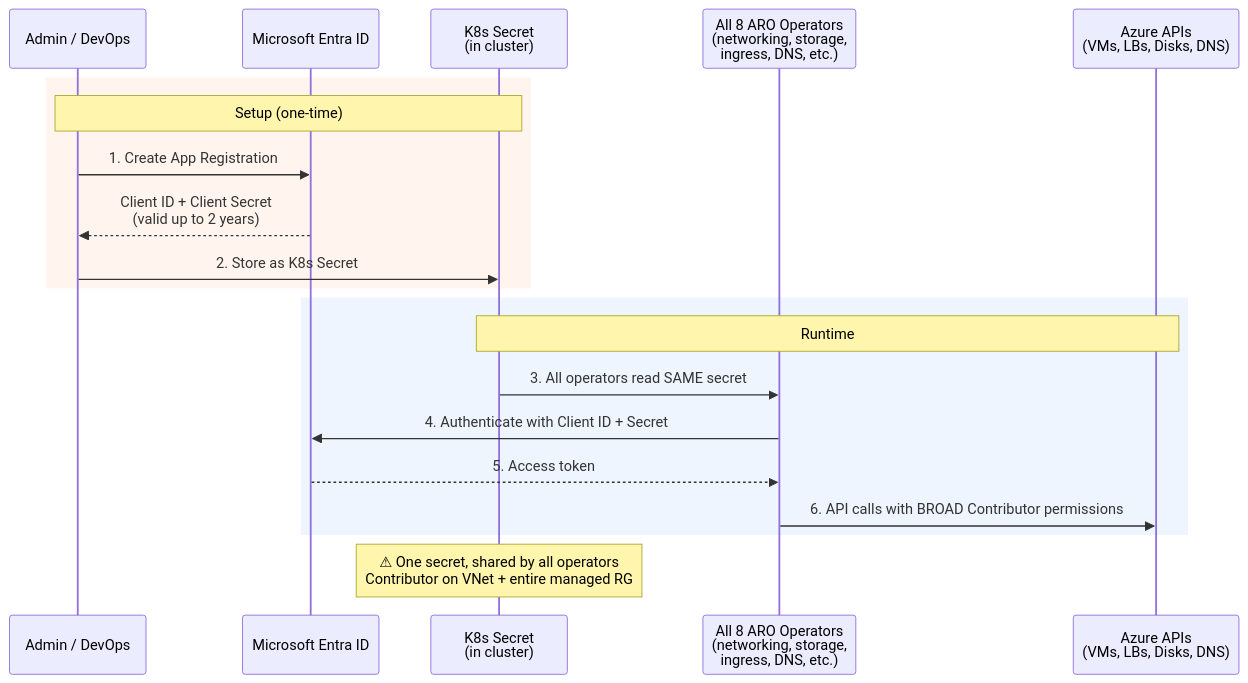
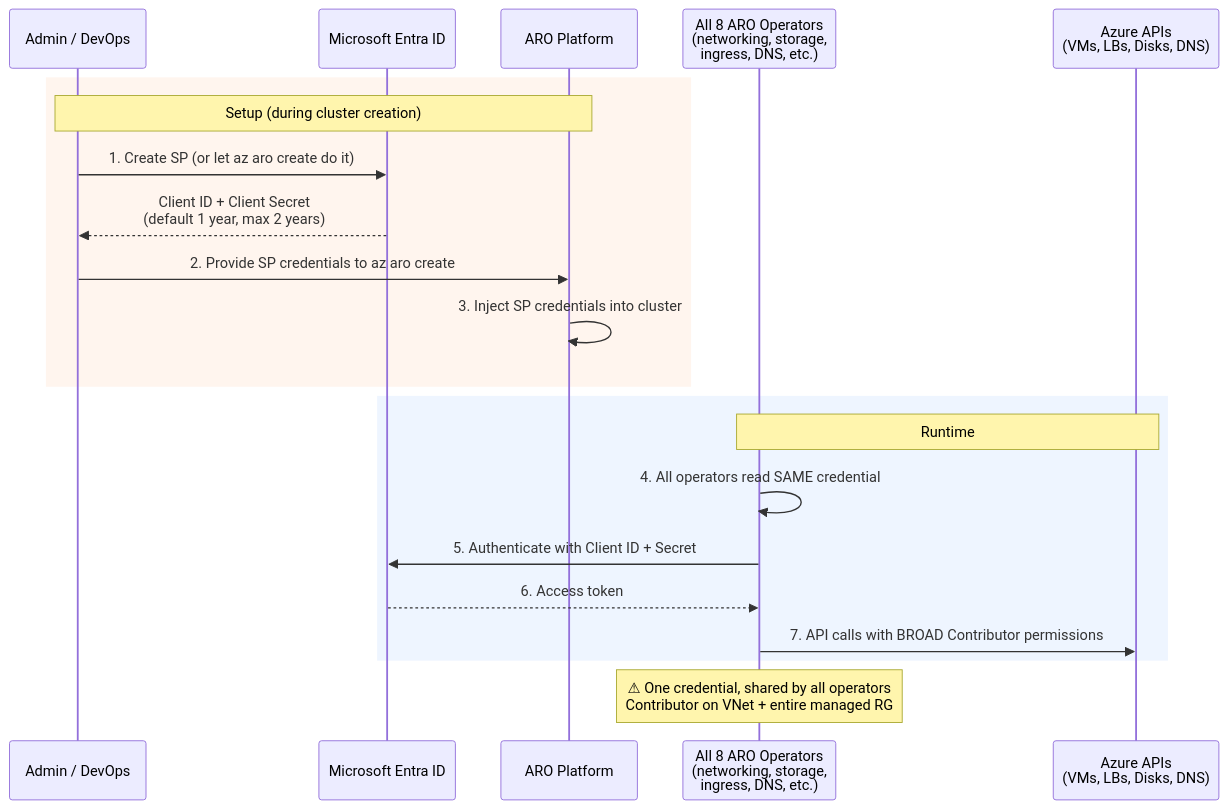
The first of 3 diagrams in content/aro/aro-sp-mi/index.md (rh-mobb/documentation), drawn with Mermaid before and after one commit. The commit also changed other lines of this file, not shown here.

First line of the commit message:
Update title, TL;DR, pronouns, and fix SP/MI diagrams for accuracy

````diff
--- a/content/aro/aro-sp-mi/index.md
+++ b/content/aro/aro-sp-mi/index.md
@@ -40,25 +38,26 @@
 ```mermaid
 sequenceDiagram
     participant Admin as Admin / DevOps
     participant EntraID as Microsoft Entra ID
-    participant K8s as K8s Secret<br>(in cluster)
+    participant ARO as ARO Platform
     participant Operators as All 8 ARO Operators<br>(networking, storage,<br>ingress, DNS, etc.)
     participant Azure as Azure APIs<br>(VMs, LBs, Disks, DNS)
 
     rect rgb(255, 245, 238)
-    Note over Admin,K8s: Setup (one-time)
-    Admin->>EntraID: 1. Create App Registration
-    EntraID-->>Admin: Client ID + Client Secret<br>(valid up to 2 years)
-    Admin->>K8s: 2. Store as K8s Secret
+    Note over Admin,ARO: Setup (during cluster creation)
+    Admin->>EntraID: 1. Create SP (or let az aro create do it)
+    EntraID-->>Admin: Client ID + Client Secret<br>(default 1 year, max 2 years)
+    Admin->>ARO: 2. Provide SP credentials to az aro create
+    ARO->>ARO: 3. Inject SP credentials into cluster
     end
 
     rect rgb(238, 245, 255)
-    Note over K8s,Azure: Runtime
-    K8s->>Operators: 3. All operators read SAME secret
-    Operators->>EntraID: 4. Authenticate with Client ID + Secret
-    EntraID-->>Operators: 5. Access token
-    Operators->>Azure: 6. API calls with BROAD Contributor permissions
+    Note over Operators,Azure: Runtime
+    Operators->>Operators: 4. All operators read SAME credential
+    Operators->>EntraID: 5. Authenticate with Client ID + Secret
+    EntraID-->>Operators: 6. Access token
+    Operators->>Azure: 7. API calls with BROAD Contributor permissions
     end
 
-    Note over K8s: ⚠ One secret, shared by all operators<br>Contributor on VNet + entire managed RG
+    Note over Operators: ⚠ One credential, shared by all operators<br>Contributor on VNet + entire managed RG
 ```
````
